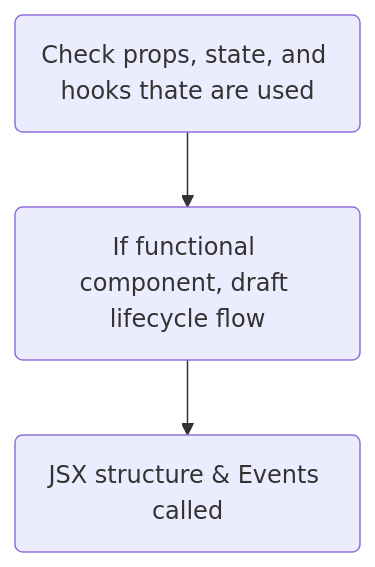
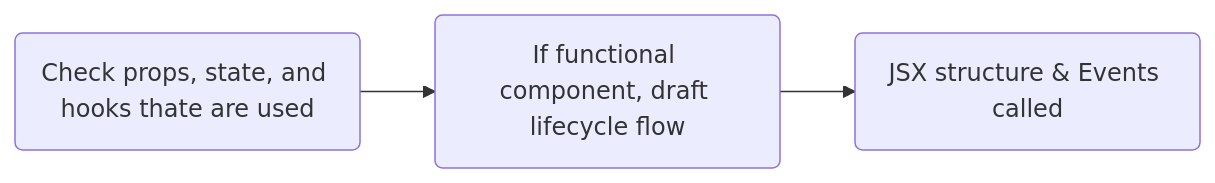
Before and after one commit to f0955710119/questions: the diagram in README.md, drawn with Mermaid. The commit also changed other lines of this file, not shown here.

````diff
--- a/README.md
+++ b/README.md
@@ -373,5 +373,5 @@
 ```mermaid
-graph TD
+graph LR
     A(Check props, state, and hooks thate are used)-->B(If functional component, draft lifecycle flow);
     B-->C(JSX structure & Events called);
 ```
````
